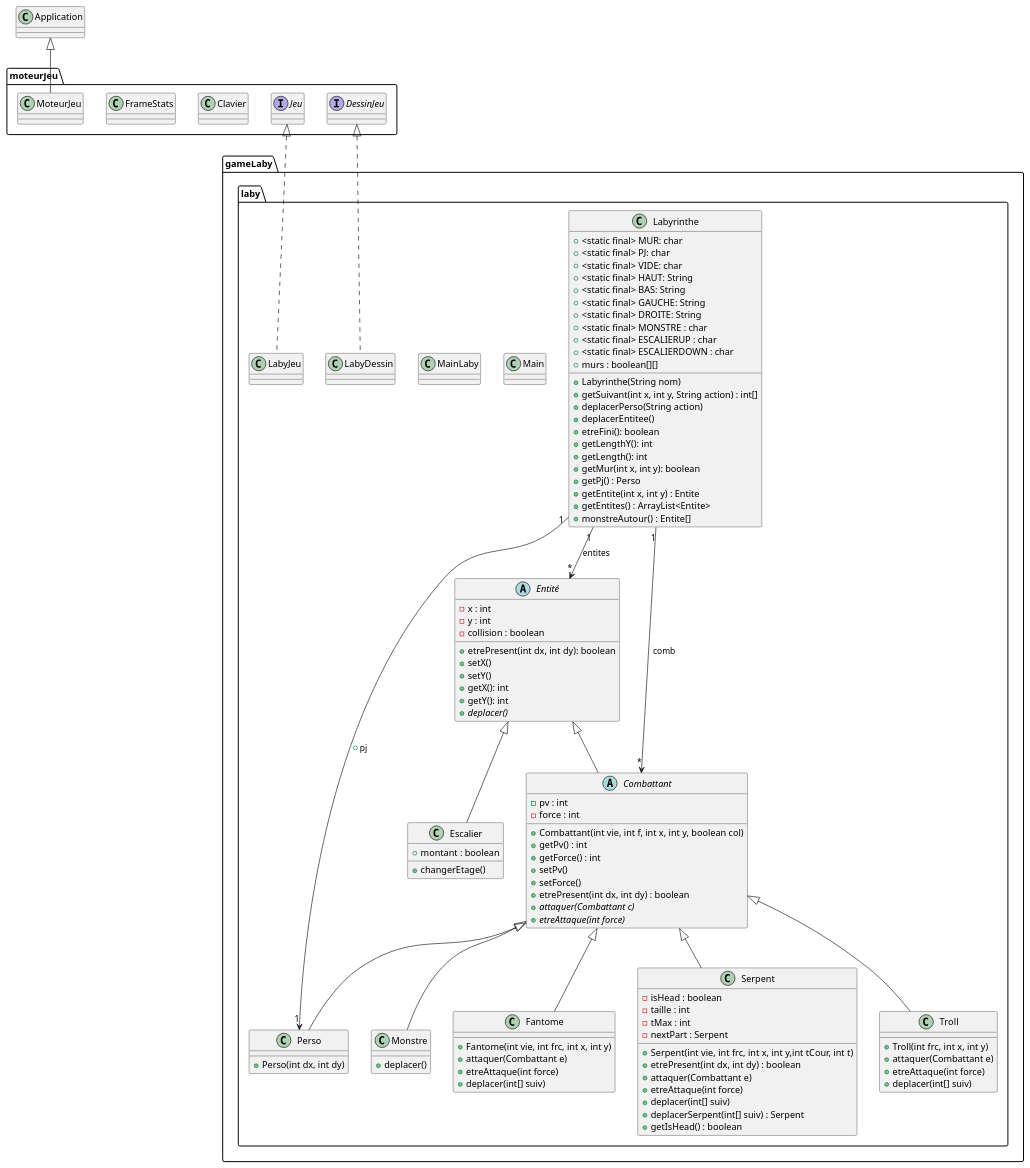
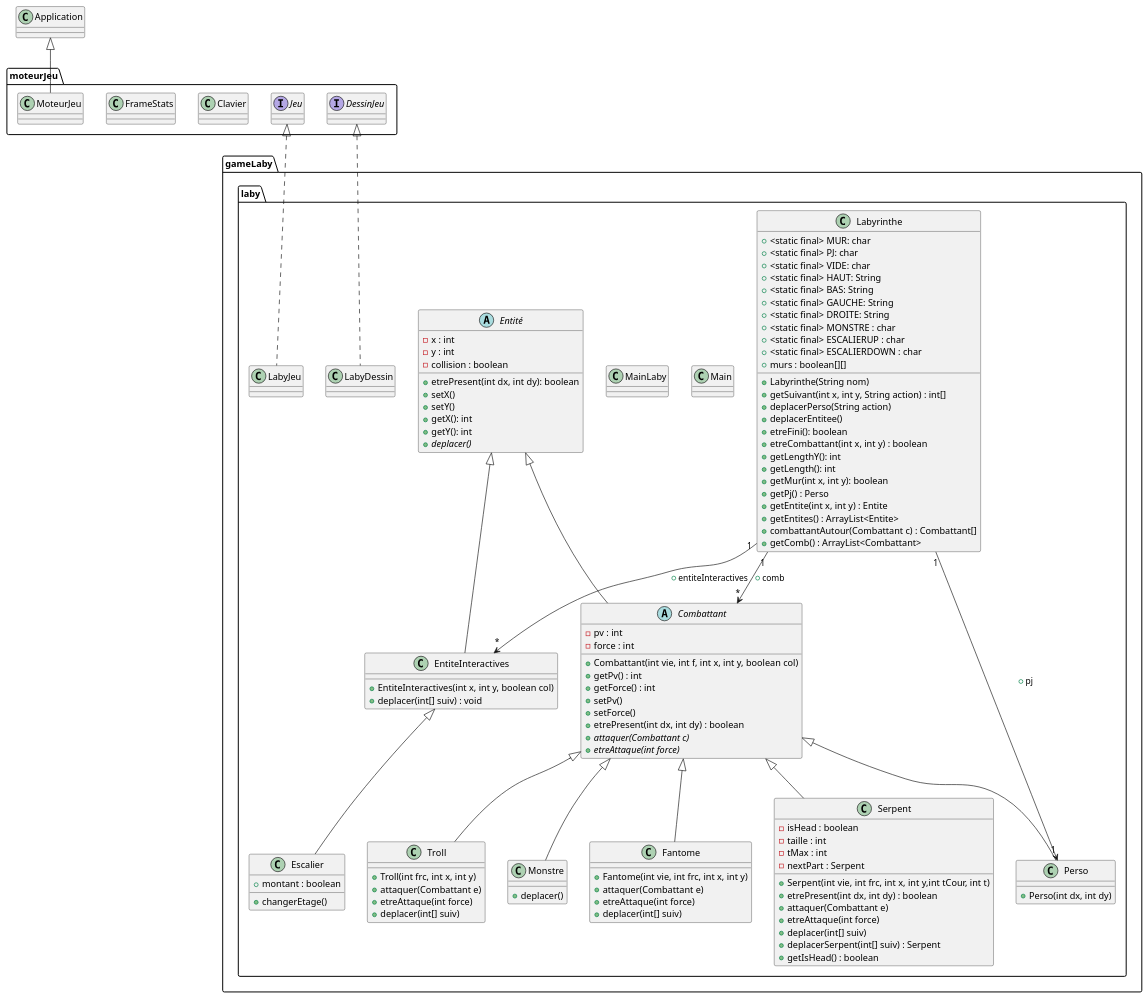
One commit to celie-ponroy/2023_S2.01_Zeldiablo_ponroy_roth_prykhodko_bortolotti changed the diagram in zeldiablo/documents/version_3/diagclass_laby.puml. Above: the diagram before and after it, drawn with PlantUML. The commit also changed 1 other file, not shown here.

Commit message:
modif diagramme classe

```diff
--- a/zeldiablo/documents/version_3/diagclass_laby.puml
+++ b/zeldiablo/documents/version_3/diagclass_laby.puml
@@ -1,146 +1,154 @@
 @startuml
 
 package gameLaby.laby{
 
 class Labyrinthe{
 + <static final> MUR: char
 + <static final> PJ: char
 + <static final> VIDE: char
 + <static final> HAUT: String
 + <static final> BAS: String
 + <static final> GAUCHE: String
 + <static final> DROITE: String
 + <static final> MONSTRE : char
 + <static final> ESCALIERUP : char
 + <static final> ESCALIERDOWN : char
 + murs : boolean[][]
 + Labyrinthe(String nom)
 + getSuivant(int x, int y, String action) : int[]
 + deplacerPerso(String action)
 + deplacerEntitee()
 + etreFini(): boolean
++ etreCombattant(int x, int y) : boolean
 + getLengthY(): int
 + getLength(): int
 + getMur(int x, int y): boolean
 + getPj() : Perso
 + getEntite(int x, int y) : Entite
 + getEntites() : ArrayList<Entite>
-+ monstreAutour() : Entite[]
++ combattantAutour(Combattant c) : Combattant[]
++ getComb() : ArrayList<Combattant>
 }
 
 
 class Main{
 }
 
 class MainLaby{
 }
 
 class Perso{
 +Perso(int dx, int dy)
 }
 
 Abstract class Entité{
 - x : int
 - y : int
 - collision : boolean
 + etrePresent(int dx, int dy): boolean
 +setX()
 +setY()
 +getX(): int
 +getY(): int
 +{abstract}deplacer()
 }
 
 Abstract class Combattant{
 - pv : int
 - force : int
 + Combattant(int vie, int f, int x, int y, boolean col)
 + getPv() : int
 + getForce() : int
 + setPv()
 + setForce()
 + etrePresent(int dx, int dy) : boolean
 + {abstract}attaquer(Combattant c)
 + {abstract}etreAttaque(int force)
+}
+
+class EntiteInteractives{
++ EntiteInteractives(int x, int y, boolean col)
++ deplacer(int[] suiv) : void
 }
 
 class Monstre{
 + deplacer()
 }
 
 class Fantome{
 + Fantome(int vie, int frc, int x, int y)
 + attaquer(Combattant e)
 + etreAttaque(int force)
 + deplacer(int[] suiv)
 }
 
 class Serpent{
 - isHead : boolean
 - taille : int
 - tMax : int
 - nextPart : Serpent
 + Serpent(int vie, int frc, int x, int y,int tCour, int t)
 + etrePresent(int dx, int dy) : boolean
 + attaquer(Combattant e)
 + etreAttaque(int force)
 + deplacer(int[] suiv)
 + deplacerSerpent(int[] suiv) : Serpent
 + getIsHead() : boolean
 }
 
 class Troll{
 + Troll(int frc, int x, int y)
 + attaquer(Combattant e)
 + etreAttaque(int force)
 + deplacer(int[] suiv)
 }
 
 class Escalier{
 + montant : boolean
 + changerEtage()
 }
 
 class LabyJeu{
 }
 
 class LabyDessin{
 }
 
 }
 
 package moteurJeu{
 
 interface Jeu{
 }
 
 interface DessinJeu{
 }
 
 class Clavier{
 }
 
 class FrameStats{
 }
 
 class MoteurJeu{
 }
 
 }
 
-Labyrinthe "1" --> "*" Entité : entites
-Labyrinthe "1" --> "*" Combattant : comb
+Labyrinthe "1" --> "*" EntiteInteractives : + entiteInteractives
+Labyrinthe "1" --> "*" Combattant : + comb
 Labyrinthe "1" --> "1" Perso : + pj
 
 Entité <|-- Combattant
+Entité <|-- EntiteInteractives
 Combattant <|-- Monstre
 Combattant <|-- Perso
 Combattant <|-- Fantome
 Combattant <|-- Serpent
 Combattant <|-- Troll
-Entité <|-- Escalier
+EntiteInteractives <|-- Escalier
 Jeu <|.. LabyJeu
 DessinJeu <|.. LabyDessin
 Application <|-- MoteurJeu
 
 @enduml
```
